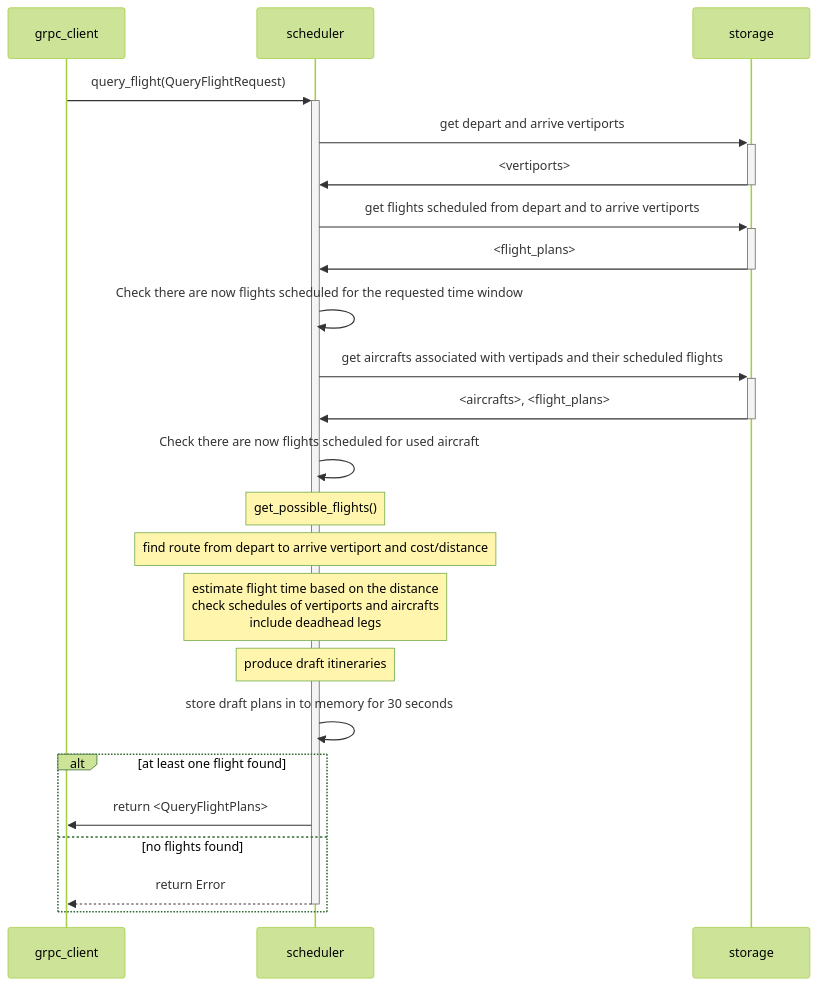
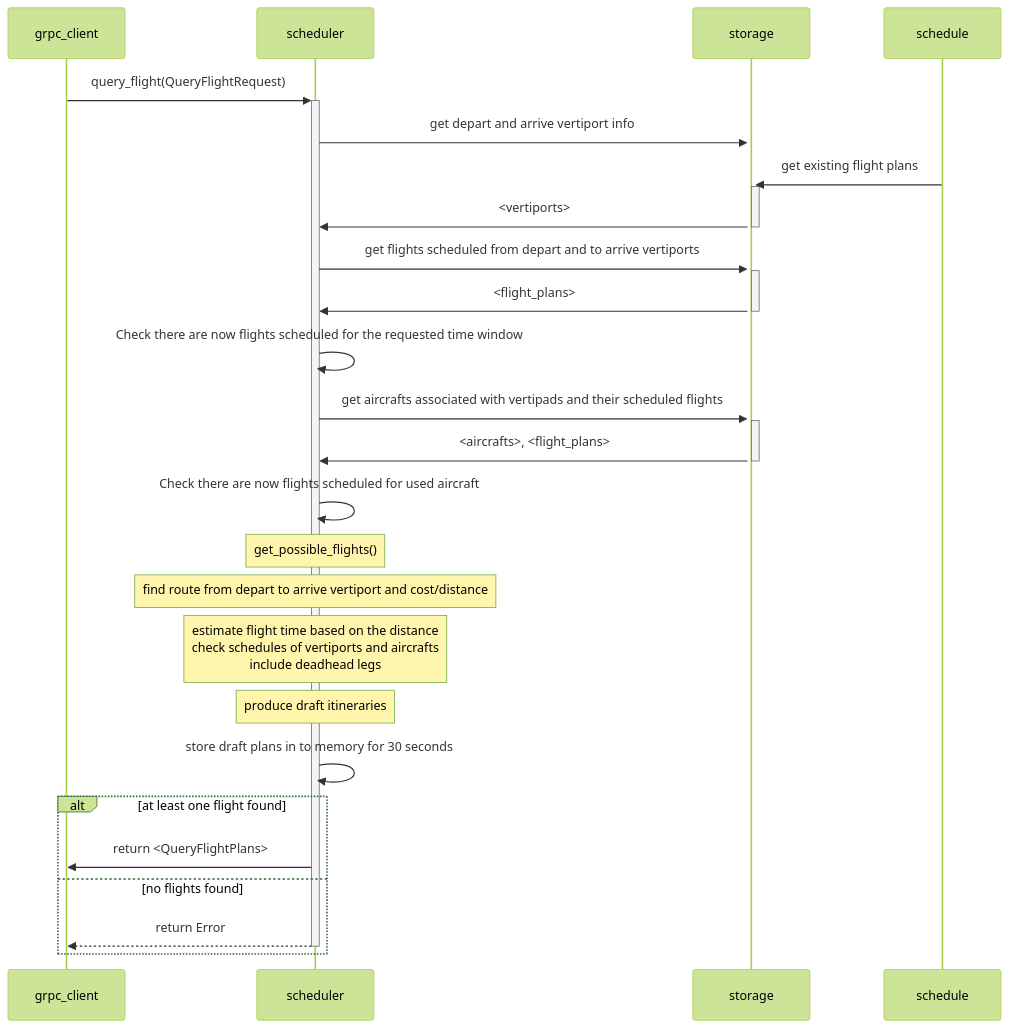
The first of 3 diagrams in docs/sdd.md (aetheric-oss/svc-scheduler), drawn with Mermaid (forest theme) before and after one commit. The commit also changed 39 other files, not shown here.

````diff
--- a/docs/sdd.md
+++ b/docs/sdd.md
@@ -71,22 +71,23 @@
 ```mermaid
 sequenceDiagram
     grpc_client->>+scheduler: query_flight(QueryFlightRequest)
-    scheduler->>+storage: get depart and arrive vertiports
+    scheduler->>+storage: get depart and arrive vertiport info
+    schedule->>+storage: get existing flight plans
     storage->>-scheduler: <vertiports>
     scheduler->>+storage: get flights scheduled from depart and to arrive vertiports
     storage->>-scheduler: <flight_plans>
     scheduler->>scheduler: Check there are now flights scheduled for the requested time window
     scheduler->>+storage: get aircrafts associated with vertipads and their scheduled flights
     storage->>-scheduler: <aircrafts>, <flight_plans>
     scheduler->>scheduler: Check there are now flights scheduled for used aircraft
     Note over scheduler: get_possible_flights()
     Note over scheduler: find route from depart to arrive vertiport and cost/distance
     Note over scheduler: estimate flight time based on the distance<br>check schedules of vertiports and aircrafts<br>include deadhead legs
     Note over scheduler: produce draft itineraries
     scheduler->>scheduler: store draft plans in to memory for 30 seconds
     alt at least one flight found
         scheduler->>grpc_client: return <QueryFlightPlans>
     else no flights found
         scheduler-->>-grpc_client: return Error
     end
 ```
````
